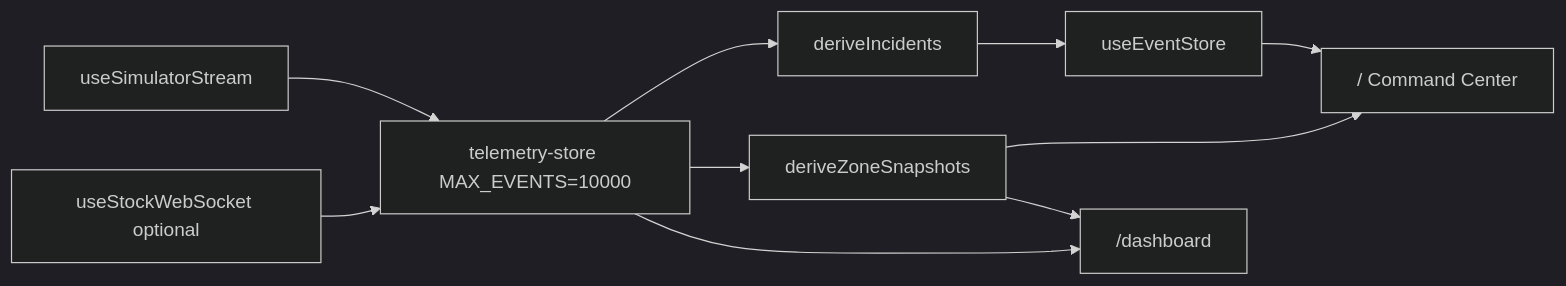
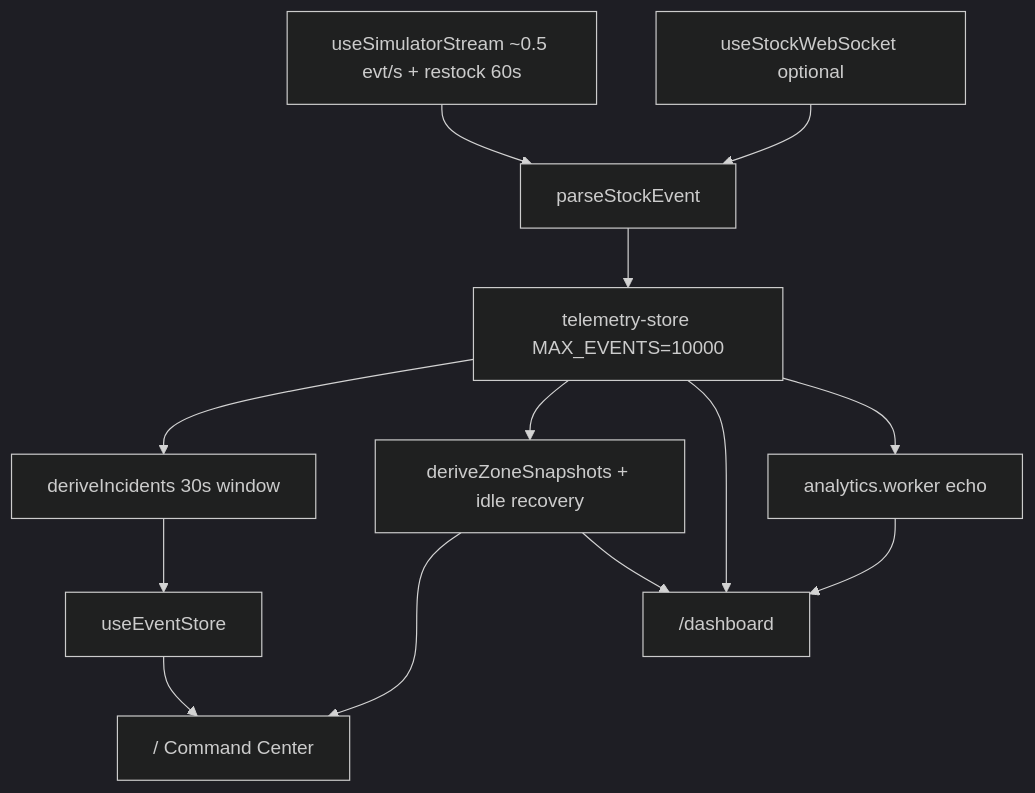
Before and after one commit to ikrame-ih/live-event-radar: the diagram in docs/architecture.md, drawn with Mermaid (dark theme). The commit also changed other lines of this file and 17 other files, not shown here.

````diff
--- a/docs/architecture.md
+++ b/docs/architecture.md
@@ -9,19 +9,22 @@
 ```mermaid
-flowchart LR
-  mock["useSimulatorStream"]
+flowchart TB
+  mock["useSimulatorStream ~0.5 evt/s + restock 60s"]
   ws["useStockWebSocket optional"]
+  parse["parseStockEvent"]
   telemetry["telemetry-store MAX_EVENTS=10000"]
-  derive["deriveIncidents"]
-  stock["deriveZoneSnapshots"]
+  incidents["deriveIncidents 30s window"]
+  stock["deriveZoneSnapshots + idle recovery"]
   eventStore["useEventStore"]
+  worker["analytics.worker echo"]
   cmd["/ Command Center"]
   dash["/dashboard"]
 
-  mock --> telemetry
-  ws --> telemetry
-  telemetry --> derive --> eventStore --> cmd
+  mock --> parse --> telemetry
+  ws --> parse
+  telemetry --> incidents --> eventStore --> cmd
   telemetry --> stock
   stock --> cmd
+  telemetry --> dash
   stock --> dash
-  telemetry --> dash
+  telemetry --> worker --> dash
 ```
````
